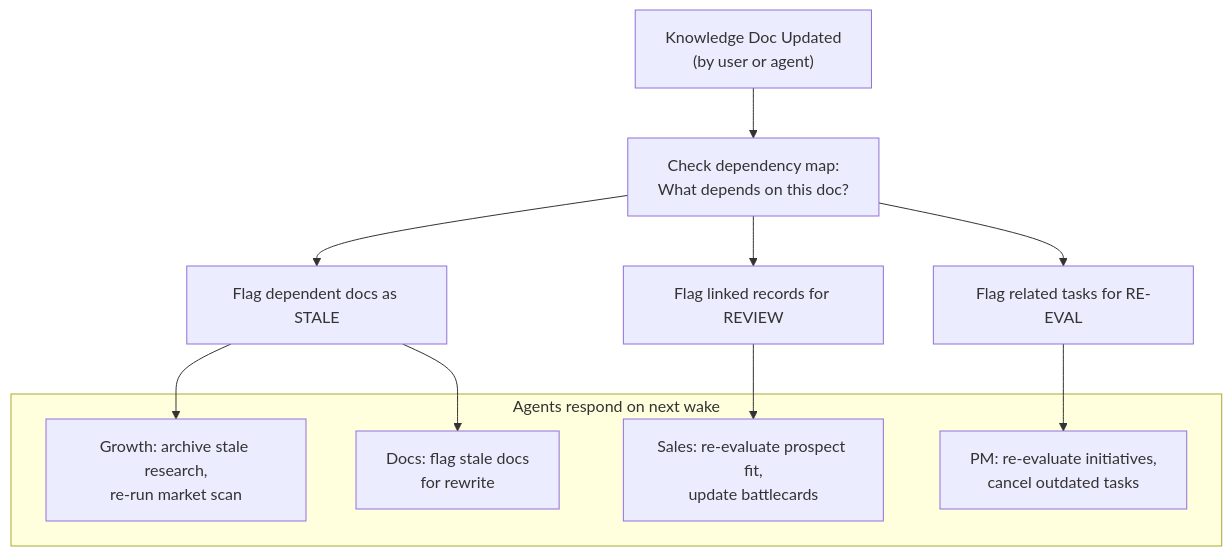
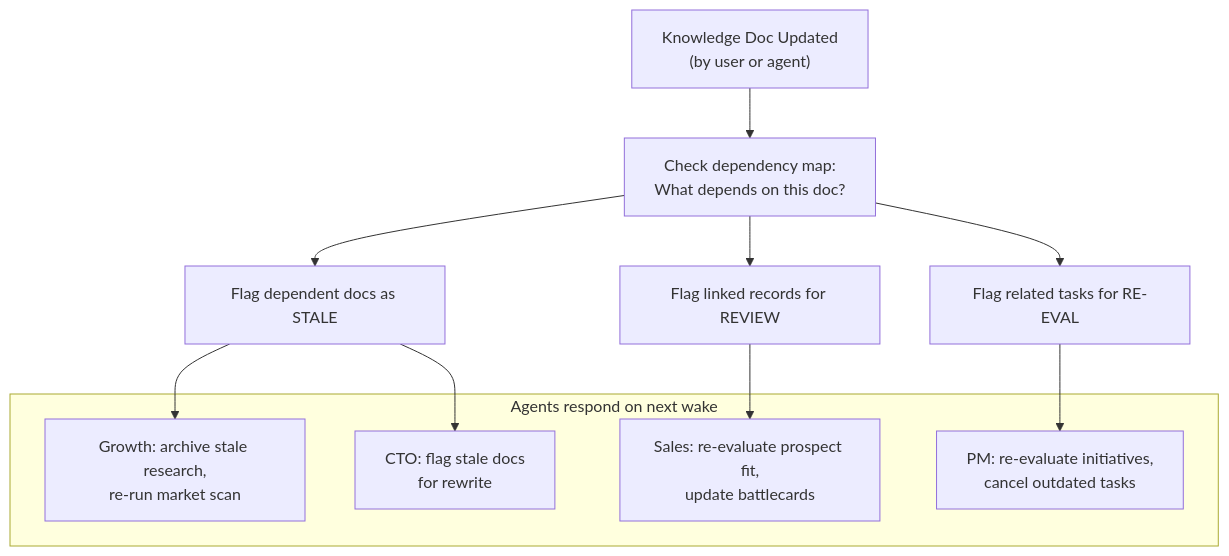
Before and after one commit to damien-schneider/reflet: diagram 11 of 12 in docs/autopilot_arch_graph.md, drawn with Mermaid. The commit also changed other lines of this file and 35 other files, not shown here.

First line of the commit message:
refactor(autopilot): remove architect, docs, and security agents and simplify config

````diff
--- a/docs/autopilot_arch_graph.md
+++ b/docs/autopilot_arch_graph.md
@@ -364,23 +351,23 @@
 ```mermaid
 graph TB
     CHANGE["Knowledge Doc Updated<br/>(by user or agent)"]
 
     CASCADE["Check dependency map:<br/>What depends on this doc?"]
 
     FLAG_DOCS["Flag dependent docs as STALE"]
     FLAG_RECORDS["Flag linked records for REVIEW"]
     FLAG_TASKS["Flag related tasks for RE-EVAL"]
 
     subgraph "Agents respond on next wake"
         GRO_RESP["Growth: archive stale research,<br/>re-run market scan"]
         PM_RESP["PM: re-evaluate initiatives,<br/>cancel outdated tasks"]
         SAL_RESP["Sales: re-evaluate prospect fit,<br/>update battlecards"]
-        DOC_RESP["Docs: flag stale docs<br/>for rewrite"]
+        CTO_RESP["CTO: flag stale docs<br/>for rewrite"]
     end
 
     CHANGE --> CASCADE
     CASCADE --> FLAG_DOCS & FLAG_RECORDS & FLAG_TASKS
-    FLAG_DOCS --> GRO_RESP & DOC_RESP
+    FLAG_DOCS --> GRO_RESP & CTO_RESP
     FLAG_RECORDS --> SAL_RESP
     FLAG_TASKS --> PM_RESP
 ```
````
